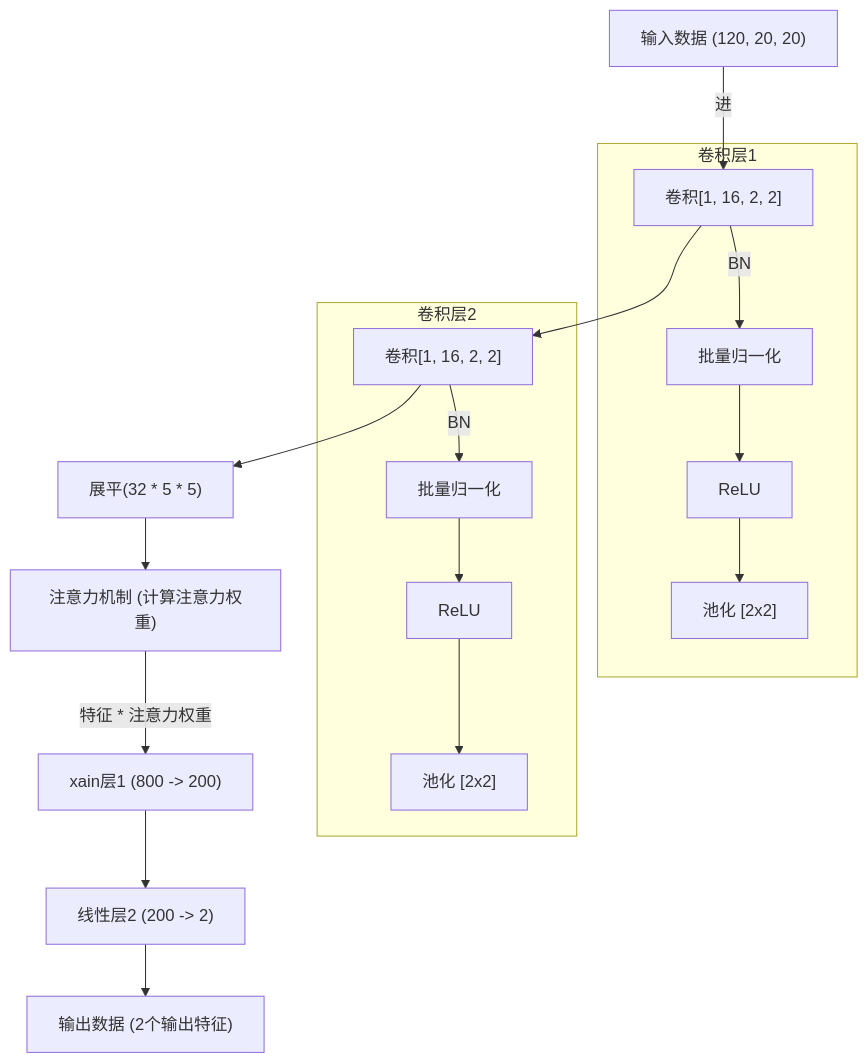
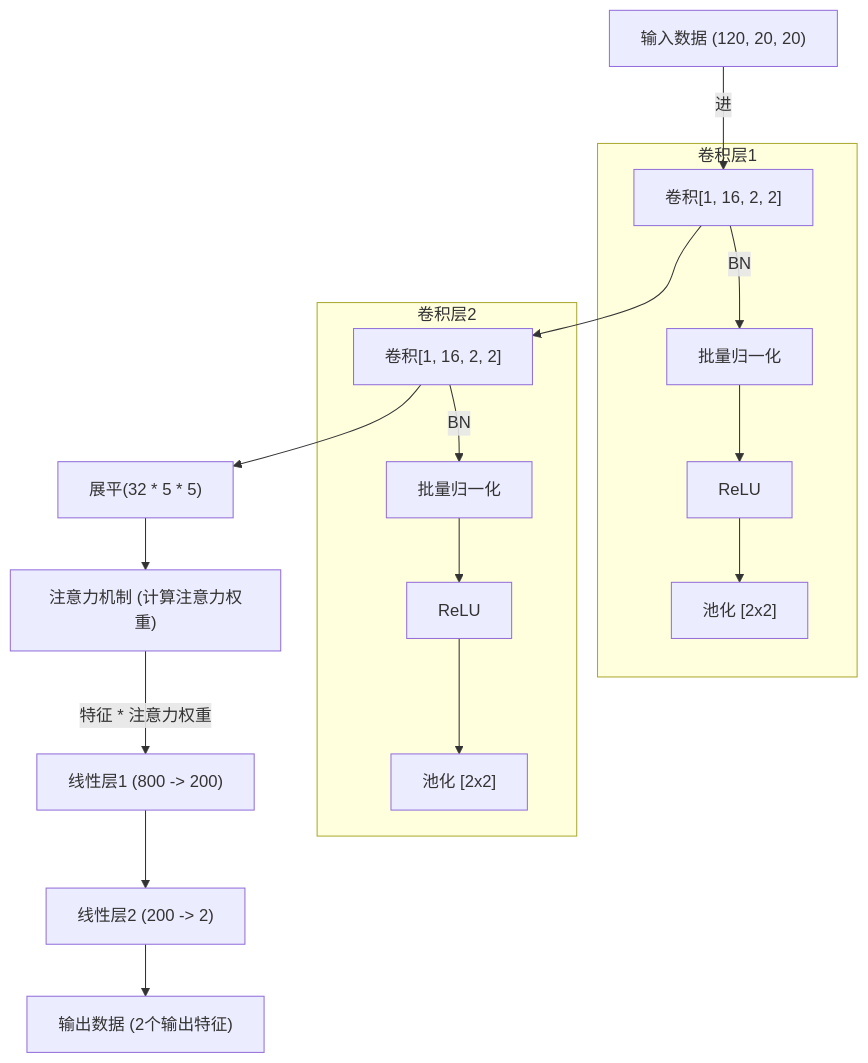
The diagram in all/未命名-1.md (xbduong/iodraw-files), drawn with Mermaid before and after one commit.

Commit message:
2024-05-23 22:20:38 update

````diff
--- a/all/未命名-1.md
+++ b/all/未命名-1.md
@@ -1,25 +1,25 @@
 ```mermaid
 flowchart TD
     A["输入数据 (120, 20, 20)"]
     A -->|进| B["卷积层1 [1, 16, 2, 2]"]
     B --> C{"卷积层2 [16, 32, 2, 2] -> 展平"}
     C -->C4["展平(32 * 5 * 5)"]
     C4["展平(32 * 5 * 5)"] --> G["注意力机制 (计算注意力权重)"]
-    G["注意力机制 (计算注意力权重)"] -->|特征 * 注意力权重| D["xain层1 (800 -> 200)"]
+    G["注意力机制 (计算注意力权重)"] -->|特征 * 注意力权重| D["线性层1 (800 -> 200)"]
     D --> E["线性层2 (200 -> 2)"]
     E --> F["输出数据 (2个输出特征)"]
 
     subgraph "卷积层1"
     B["卷积[1, 16, 2, 2]"] -->|BN| B1["批量归一化"]
     B1 --> B2["ReLU"]
     B2 --> B3["池化 [2x2]"]
     end
 
     subgraph "卷积层2"
     C["卷积[1, 16, 2, 2]"] -->|BN| C1["批量归一化"]
     C1 --> C2["ReLU"]
     C2 --> C3["池化 [2x2]"]
     end
 
   
 ```
````
